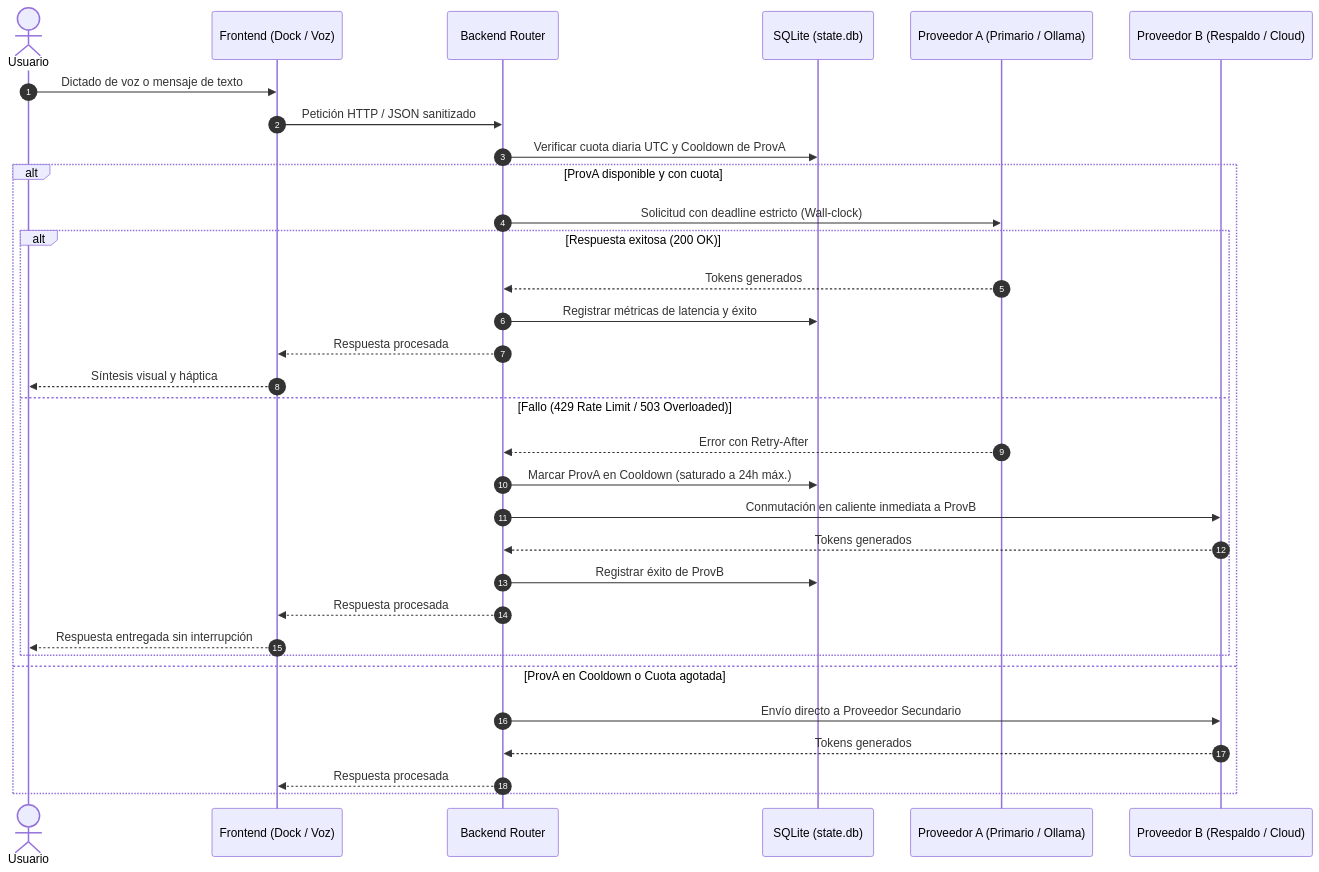
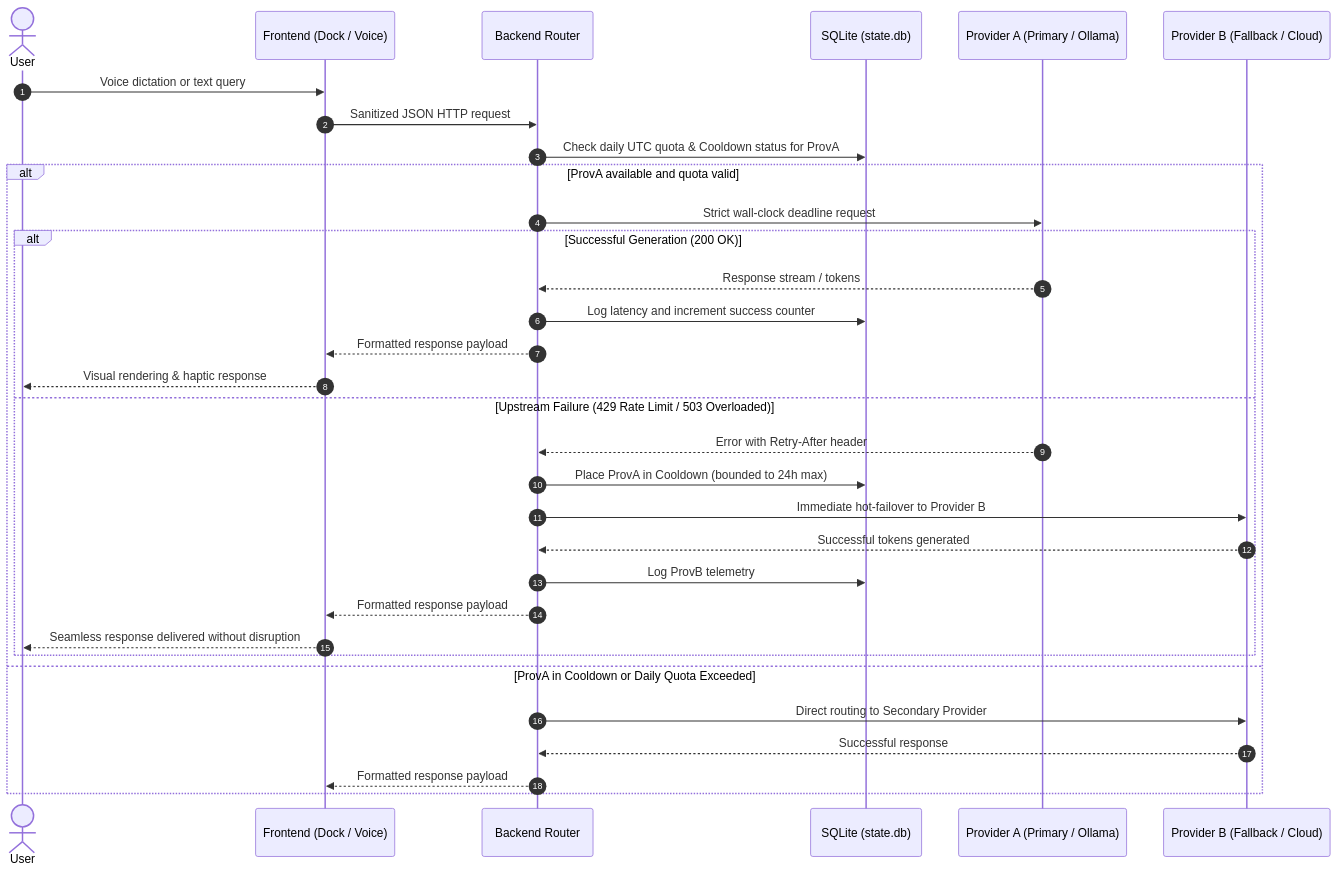
The second of 3 diagrams in README.md (luigilaxmaster-coder/AXX), drawn with Mermaid before and after one commit. The commit also changed other lines of this file, not shown here.

````diff
--- a/README.md
+++ b/README.md
@@ -142,35 +142,35 @@
 ```mermaid
 sequenceDiagram
     autonumber
-    actor Usuario
-    participant UI as Frontend (Dock / Voz)
+    actor User as User
+    participant UI as Frontend (Dock / Voice)
     participant Router as Backend Router
     participant DB as SQLite (state.db)
-    participant ProvA as Proveedor A (Primario / Ollama)
-    participant ProvB as Proveedor B (Respaldo / Cloud)
+    participant ProvA as Provider A (Primary / Ollama)
+    participant ProvB as Provider B (Fallback / Cloud)
 
-    Usuario->>UI: Dictado de voz o mensaje de texto
-    UI->>Router: Petición HTTP / JSON sanitizado
-    Router->>DB: Verificar cuota diaria UTC y Cooldown de ProvA
-    alt ProvA disponible y con cuota
-        Router->>ProvA: Solicitud con deadline estricto (Wall-clock)
-        alt Respuesta exitosa (200 OK)
-            ProvA-->>Router: Tokens generados
-            Router->>DB: Registrar métricas de latencia y éxito
-            Router-->>UI: Respuesta procesada
-            UI-->>Usuario: Síntesis visual y háptica
-        else Fallo (429 Rate Limit / 503 Overloaded)
-            ProvA-->>Router: Error con Retry-After
-            Router->>DB: Marcar ProvA en Cooldown (saturado a 24h máx.)
-            Router->>ProvB: Conmutación en caliente inmediata a ProvB
-            ProvB-->>Router: Tokens generados
-            Router->>DB: Registrar éxito de ProvB
-            Router-->>UI: Respuesta procesada
-            UI-->>Usuario: Respuesta entregada sin interrupción
+    User->>UI: Voice dictation or text query
+    UI->>Router: Sanitized JSON HTTP request
+    Router->>DB: Check daily UTC quota & Cooldown status for ProvA
+    alt ProvA available and quota valid
+        Router->>ProvA: Strict wall-clock deadline request
+        alt Successful Generation (200 OK)
+            ProvA-->>Router: Response stream / tokens
+            Router->>DB: Log latency and increment success counter
+            Router-->>UI: Formatted response payload
+            UI-->>User: Visual rendering & haptic response
+        else Upstream Failure (429 Rate Limit / 503 Overloaded)
+            ProvA-->>Router: Error with Retry-After header
+            Router->>DB: Place ProvA in Cooldown (bounded to 24h max)
+            Router->>ProvB: Immediate hot-failover to Provider B
+            ProvB-->>Router: Successful tokens generated
+            Router->>DB: Log ProvB telemetry
+            Router-->>UI: Formatted response payload
+            UI-->>User: Seamless response delivered without disruption
         end
-    else ProvA en Cooldown o Cuota agotada
-        Router->>ProvB: Envío directo a Proveedor Secundario
-        ProvB-->>Router: Tokens generados
-        Router-->>UI: Respuesta procesada
+    else ProvA in Cooldown or Daily Quota Exceeded
+        Router->>ProvB: Direct routing to Secondary Provider
+        ProvB-->>Router: Successful response
+        Router-->>UI: Formatted response payload
     end
 ```
````
